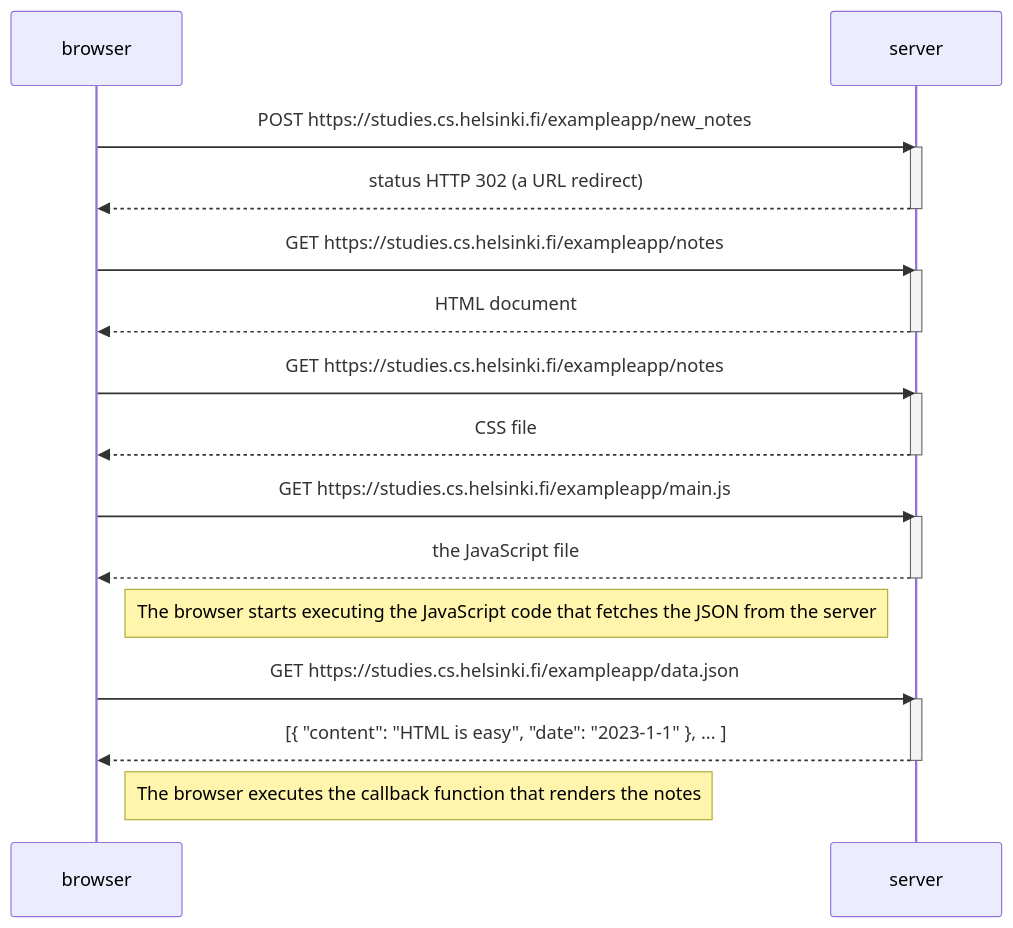
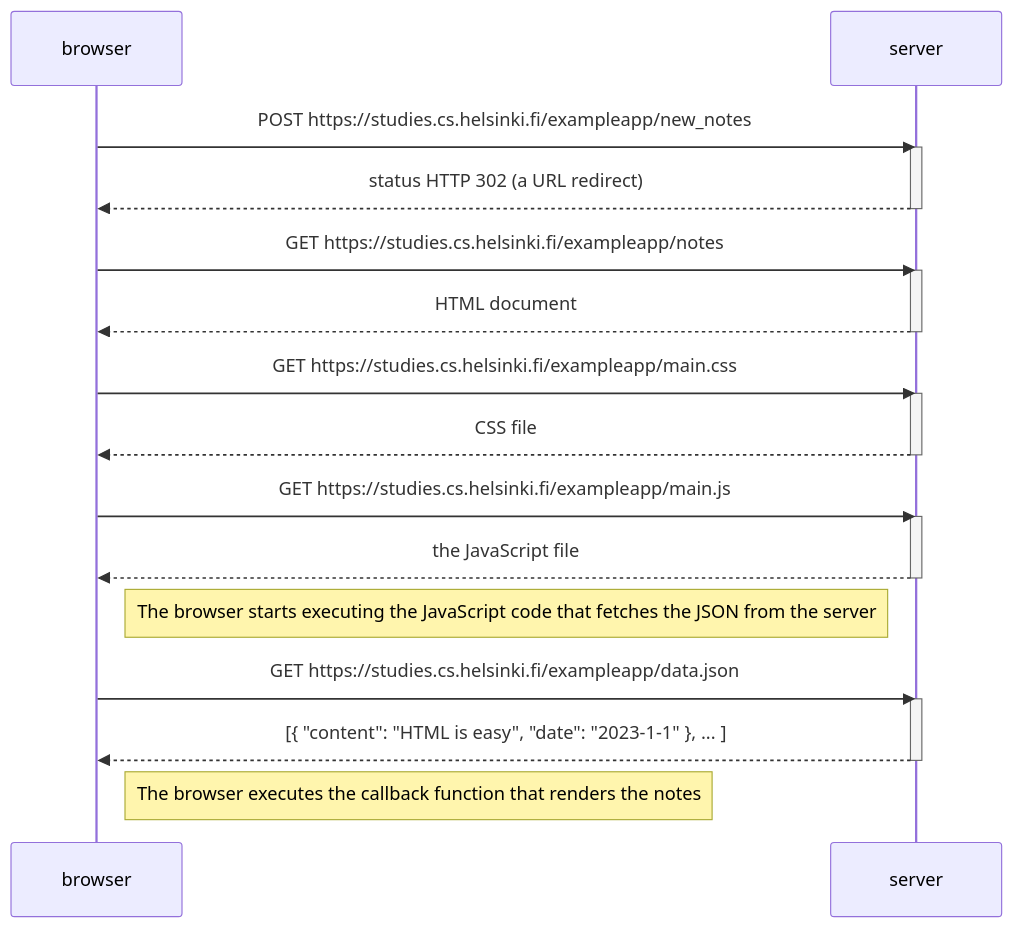
One commit to seenpie/Full-Stack-MOOC-Course changed the diagram in part0/0.4-New_note_diagram.md. Above: the diagram before and after it, drawn with Mermaid.

Commit message:
fix: fix css link

````diff
--- a/part0/0.4-New_note_diagram.md
+++ b/part0/0.4-New_note_diagram.md
@@ -3,34 +3,34 @@
 ```mermaid
 sequenceDiagram
     participant browser
     participant server
 
     browser->>server: POST https://studies.cs.helsinki.fi/exampleapp/new_notes
     activate server
     server-->>browser: status HTTP 302 (a URL redirect)
     deactivate server
 
     browser->>server: GET https://studies.cs.helsinki.fi/exampleapp/notes
     activate server
     server-->>browser: HTML document
     deactivate server
 
-    browser->>server: GET https://studies.cs.helsinki.fi/exampleapp/notes
+    browser->>server: GET https://studies.cs.helsinki.fi/exampleapp/main.css
     activate server
     server-->>browser: CSS file
     deactivate server
 
     browser->>server: GET https://studies.cs.helsinki.fi/exampleapp/main.js
     activate server
     server-->>browser: the JavaScript file
     deactivate server
 
     Note right of browser: The browser starts executing the JavaScript code that fetches the JSON from the server
 
     browser->>server: GET https://studies.cs.helsinki.fi/exampleapp/data.json
     activate server
     server-->>browser: [{ "content": "HTML is easy", "date": "2023-1-1" }, ... ]
     deactivate server
 
     Note right of browser: The browser executes the callback function that renders the notes
 ```
````
